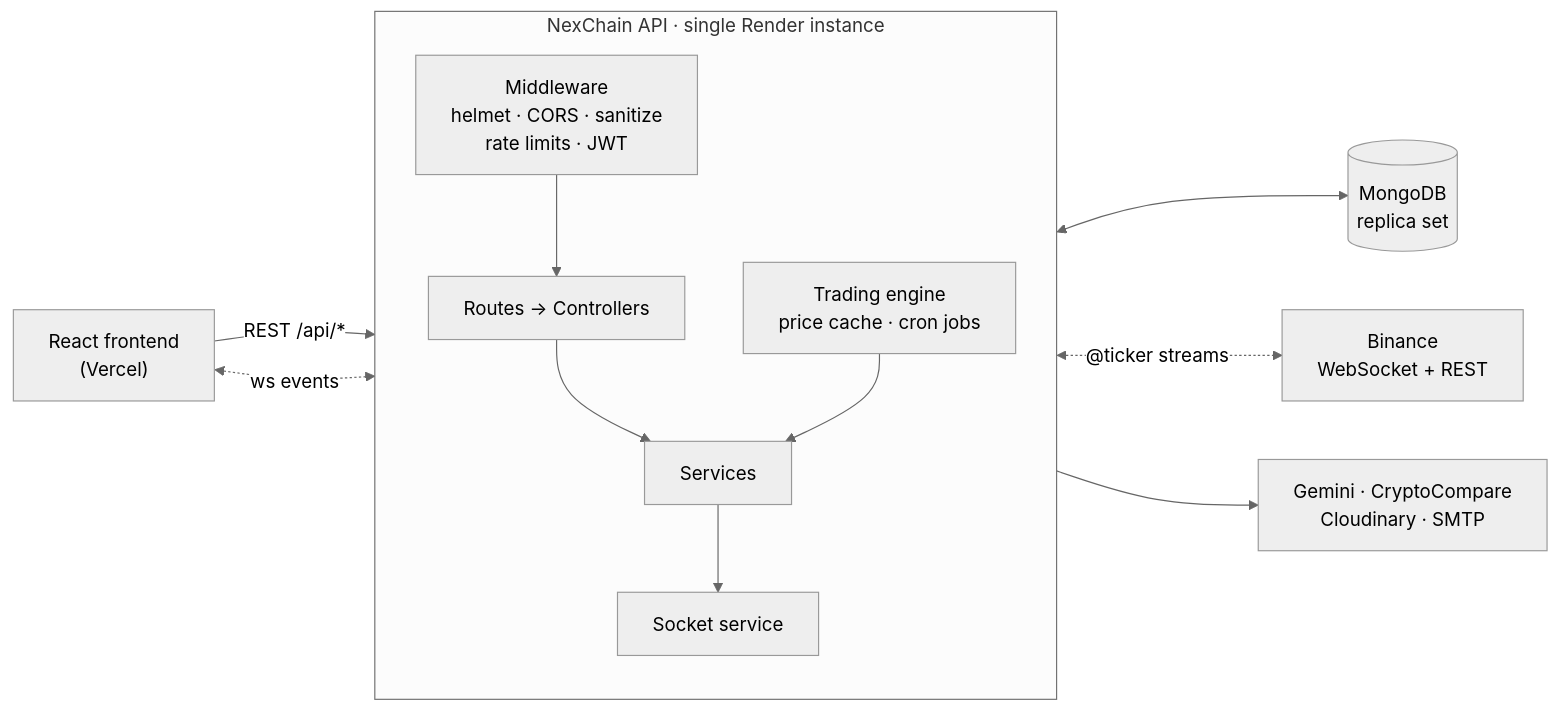
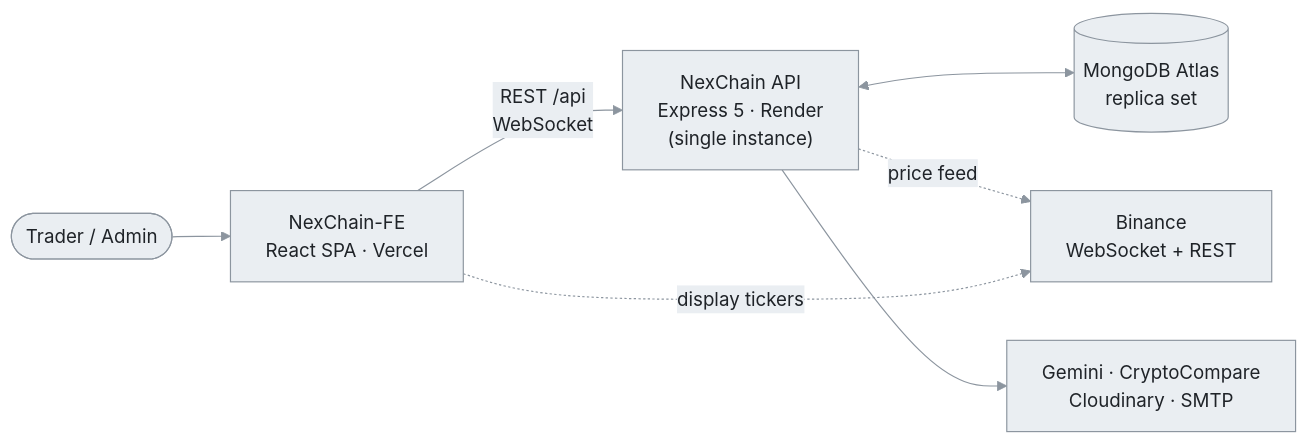
Before and after one commit to Arjunsathia/NexChain-backend: the first of 8 diagrams in README.md, drawn with Mermaid. The commit also changed other lines of this file and 1 other file, not shown here.

First line of the commit message:
Make the README clearer, with diagrams and a screenshot

````diff
--- a/README.md
+++ b/README.md
@@ -120,25 +135,17 @@
 ```mermaid
-%%{init: {'theme':'neutral'}}%%
+%%{init: {"theme":"base","themeVariables":{"primaryColor":"#eaeef2","primaryTextColor":"#1f2328","primaryBorderColor":"#8c959f","secondaryColor":"#eaeef2","tertiaryColor":"#f6f8fa","lineColor":"#8c959f","textColor":"#57606a","edgeLabelBackground":"#eaeef2","clusterBkg":"#f6f8fa","clusterBorder":"#d0d7de","titleColor":"#57606a","signalColor":"#8c959f","signalTextColor":"#8c959f","actorBkg":"#eaeef2","actorBorder":"#8c959f","actorTextColor":"#1f2328","actorLineColor":"#8c959f","noteBkgColor":"#eaeef2","noteTextColor":"#1f2328","noteBorderColor":"#8c959f","labelBoxBkgColor":"#eaeef2","labelBoxBorderColor":"#8c959f","labelTextColor":"#1f2328","loopTextColor":"#8c959f","sequenceNumberColor":"#ffffff"}}}%%
 flowchart LR
-    FE["React frontend<br/>(Vercel)"]
-    subgraph API["NexChain API · single Render instance"]
-        direction TB
-        MW["Middleware<br/>helmet · CORS · sanitize<br/>rate limits · JWT"]
-        RC["Routes → Controllers"]
-        SV["Services"]
-        TE["Trading engine<br/>price cache · cron jobs"]
-        WS["Socket service"]
-        MW --> RC --> SV
-        TE --> SV
-        SV --> WS
-    end
-    DB[("MongoDB<br/>replica set")]
+    U(["Trader / Admin"])
+    FE["NexChain-FE<br/>React SPA · Vercel"]
+    API["NexChain API<br/>Express 5 · Render<br/>(single instance)"]
+    DB[("MongoDB Atlas<br/>replica set")]
     BN["Binance<br/>WebSocket + REST"]
-    EX["Gemini · CryptoCompare<br/>Cloudinary · SMTP"]
+    EXT["Gemini · CryptoCompare<br/>Cloudinary · SMTP"]
 
-    FE -- "REST /api/*" --> MW
-    FE <-. "ws events" .-> WS
-    SV <--> DB
-    TE <-. "@ticker streams" .-> BN
-    SV --> EX
+    U --> FE
+    FE -- "REST /api<br/>WebSocket" --> API
+    API <--> DB
+    API -. "price feed" .-> BN
+    FE -. "display tickers" .-> BN
+    API --> EXT
 ```
````
